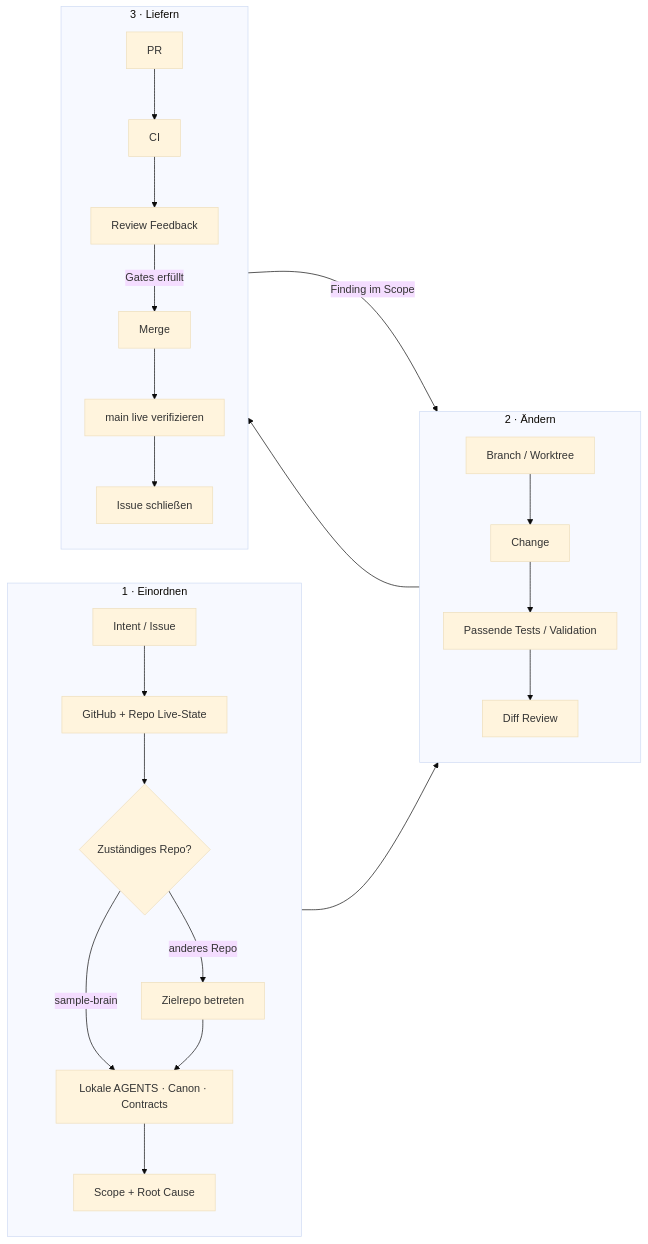
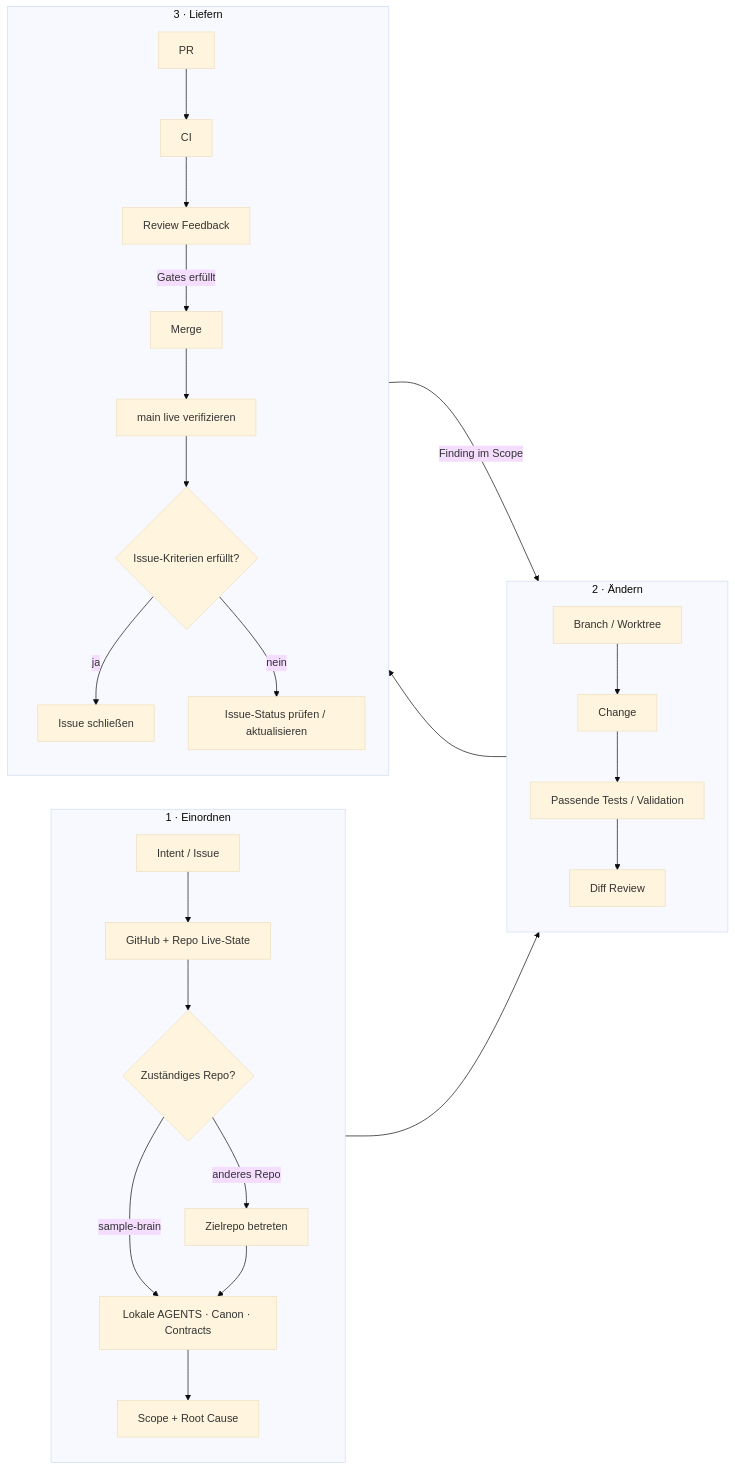
One commit to jannekbuengener/sample-brain changed the diagram in docs/visuals/agent-workflow.md. Above: the diagram before and after it, drawn with Mermaid (base theme). The commit also changed other lines of this file, not shown here.

Commit message:
docs: gate issue closure on completed acceptance
Refs #1163

Validation: python tools/check_canon_drift.py; git diff --cached --check.

````diff
--- a/docs/visuals/agent-workflow.md
+++ b/docs/visuals/agent-workflow.md
@@ -8,28 +8,30 @@
 ```mermaid
 flowchart LR
     subgraph orient["1 · Einordnen"]
         direction TB
         intent["Intent / Issue"] --> live["GitHub + Repo Live-State"]
         live --> route{"Zuständiges Repo?"}
         route -->|"sample-brain"| local["Lokale AGENTS · Canon · Contracts"]
         route -->|"anderes Repo"| enter["Zielrepo betreten"]
         enter --> local
         local --> scope["Scope + Root Cause"]
     end
     subgraph build["2 · Ändern"]
         direction TB
         branch["Branch / Worktree"] --> change["Change"]
         change --> test["Passende Tests / Validation"]
         test --> diff["Diff Review"]
     end
     subgraph deliver["3 · Liefern"]
         direction TB
         pr["PR"] --> ci["CI"] --> review["Review Feedback"]
         review -->|"Gates erfüllt"| merge["Merge"]
         merge --> verify["main live verifizieren"]
-        verify --> close["Issue schließen"]
+        verify --> complete{"Issue-Kriterien erfüllt?"}
+        complete -->|"ja"| close["Issue schließen"]
+        complete -->|"nein"| update["Issue-Status prüfen / aktualisieren"]
     end
     scope --> branch
     diff --> pr
     review -->|"Finding im Scope"| change
 ```
````
